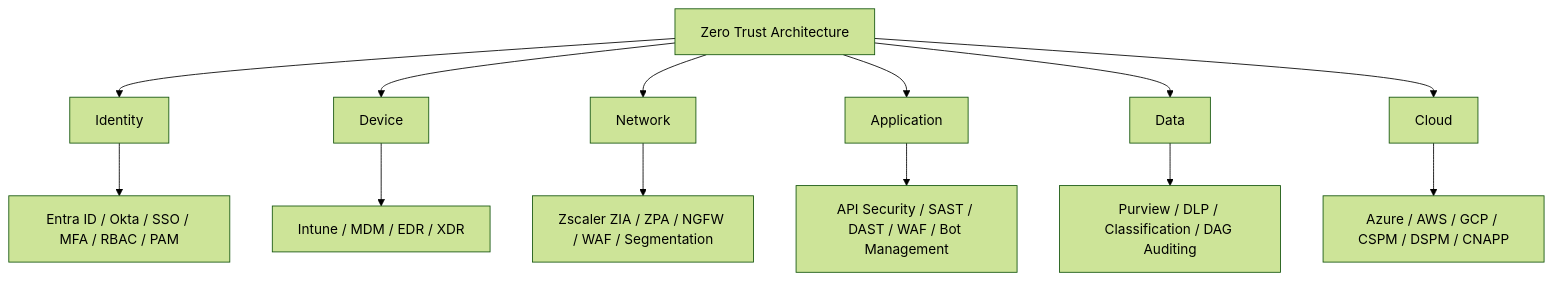
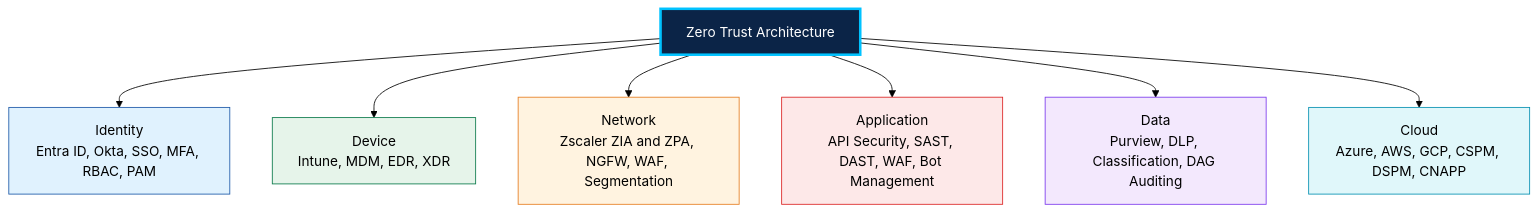
Before and after one commit to mrezwanulbari/mrezwanulbari: the second of 3 diagrams in README.md, drawn with Mermaid (forest theme). The commit also changed other lines of this file, not shown here.

````diff
--- a/README.md
+++ b/README.md
@@ -106,16 +112,18 @@
 ```mermaid
 flowchart TD
-    ZT[Zero Trust Architecture] --> ID[Identity]
-    ZT --> DV[Device]
-    ZT --> NW[Network]
-    ZT --> AP[Application]
-    ZT --> DT[Data]
-    ZT --> CL[Cloud]
+    ZT["Zero Trust Architecture"]
+    ZT --> ID["Identity<br/>Entra ID, Okta, SSO, MFA, RBAC, PAM"]
+    ZT --> DV["Device<br/>Intune, MDM, EDR, XDR"]
+    ZT --> NW["Network<br/>Zscaler ZIA and ZPA, NGFW, WAF, Segmentation"]
+    ZT --> AP["Application<br/>API Security, SAST, DAST, WAF, Bot Management"]
+    ZT --> DT["Data<br/>Purview, DLP, Classification, DAG Auditing"]
+    ZT --> CL["Cloud<br/>Azure, AWS, GCP, CSPM, DSPM, CNAPP"]
 
-    ID --> ID1[Entra ID / Okta / SSO / MFA / RBAC / PAM]
-    DV --> DV1[Intune / MDM / EDR / XDR]
-    NW --> NW1[Zscaler ZIA / ZPA / NGFW / WAF / Segmentation]
-    AP --> AP1[API Security / SAST / DAST / WAF / Bot Management]
-    DT --> DT1[Purview / DLP / Classification / DAG Auditing]
-    CL --> CL1[Azure / AWS / GCP / CSPM / DSPM / CNAPP]
+    style ZT fill:#0B2447,stroke:#00C2FF,stroke-width:3px,color:#ffffff
+    style ID fill:#E0F2FE,stroke:#1E5AA8
+    style DV fill:#E6F4EA,stroke:#0B7A4B
+    style NW fill:#FFF3E0,stroke:#E67E22
+    style AP fill:#FDE8E8,stroke:#DC2626
+    style DT fill:#F3E8FD,stroke:#7C3AED
+    style CL fill:#E0F7FA,stroke:#0891B2
 ```
````
